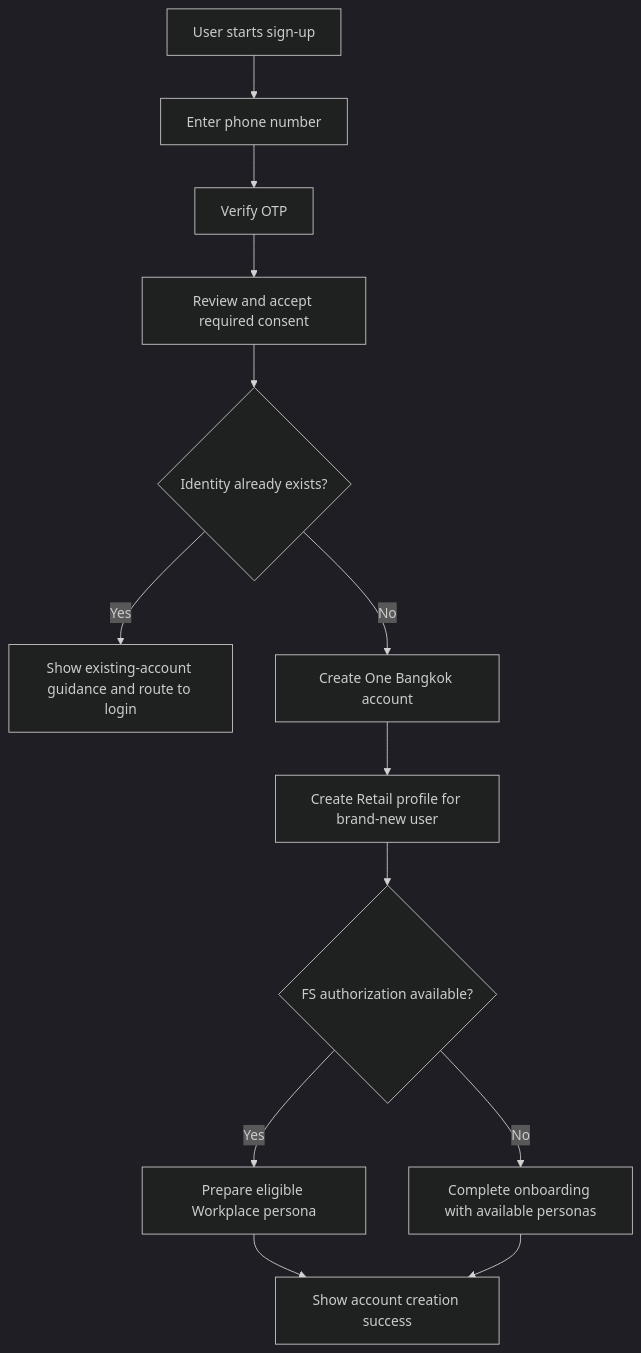
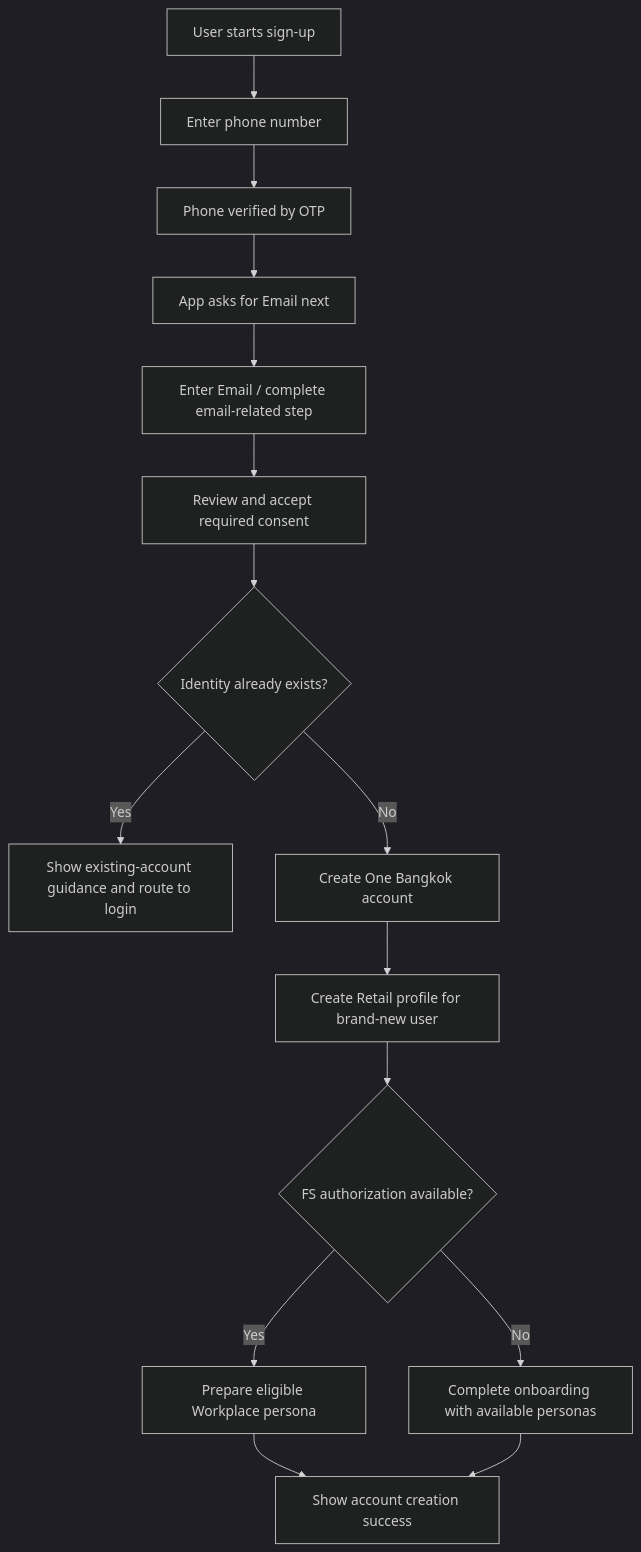
One commit to khempaphatama-bas/parq-integration changed the second of 13 diagrams in 02_Discovery/PARQ_Requirement_Specification_and_Scope_of_Work.md. Above: the diagram before and after it, drawn with Mermaid (dark theme). The commit also changed other lines of this file and 3 other files, not shown here.

````diff
--- a/02_Discovery/PARQ_Requirement_Specification_and_Scope_of_Work.md
+++ b/02_Discovery/PARQ_Requirement_Specification_and_Scope_of_Work.md
@@ -232,15 +235,17 @@
 ```mermaid
 flowchart TD
     A["User starts sign-up"] --> B["Enter phone number"]
-    B --> C["Verify OTP"]
-    C --> D["Review and accept required consent"]
-    D --> E{"Identity already exists?"}
-    E -- "Yes" --> F["Show existing-account guidance and route to login"]
-    E -- "No" --> G["Create One Bangkok account"]
-    G --> H["Create Retail profile for brand-new user"]
-    H --> I{"FS authorization available?"}
-    I -- "Yes" --> J["Prepare eligible Workplace persona"]
-    I -- "No" --> K["Complete onboarding with available personas"]
-    J --> L["Show account creation success"]
-    K --> L
+    B --> C["Phone verified by OTP"]
+    C --> D["App asks for Email next"]
+    D --> E["Enter Email / complete email-related step"]
+    E --> F["Review and accept required consent"]
+    F --> G{"Identity already exists?"}
+    G -- "Yes" --> H["Show existing-account guidance and route to login"]
+    G -- "No" --> I["Create One Bangkok account"]
+    I --> J["Create Retail profile for brand-new user"]
+    J --> K{"FS authorization available?"}
+    K -- "Yes" --> L["Prepare eligible Workplace persona"]
+    K -- "No" --> M["Complete onboarding with available personas"]
+    L --> N["Show account creation success"]
+    M --> N
 ```
````
